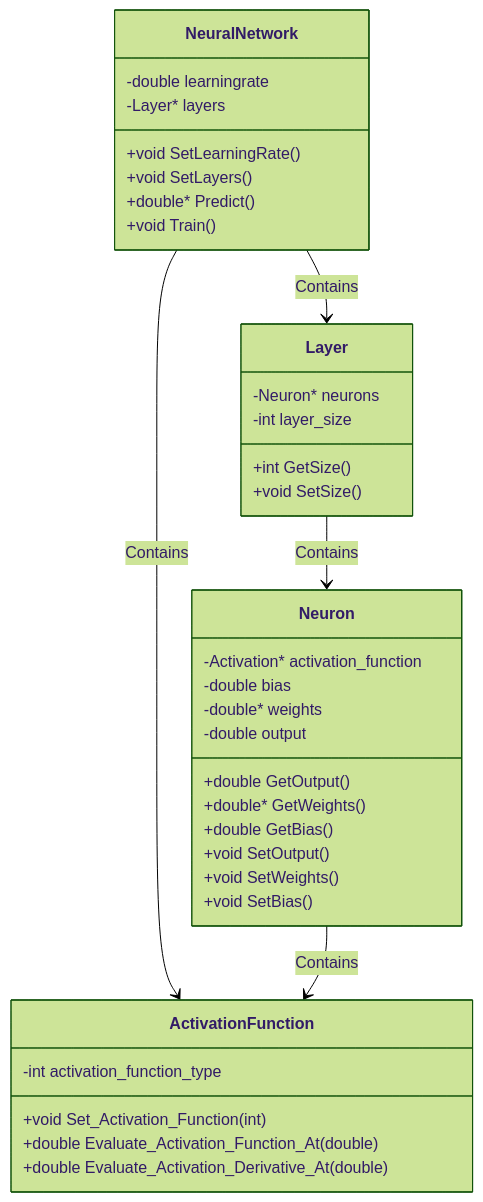
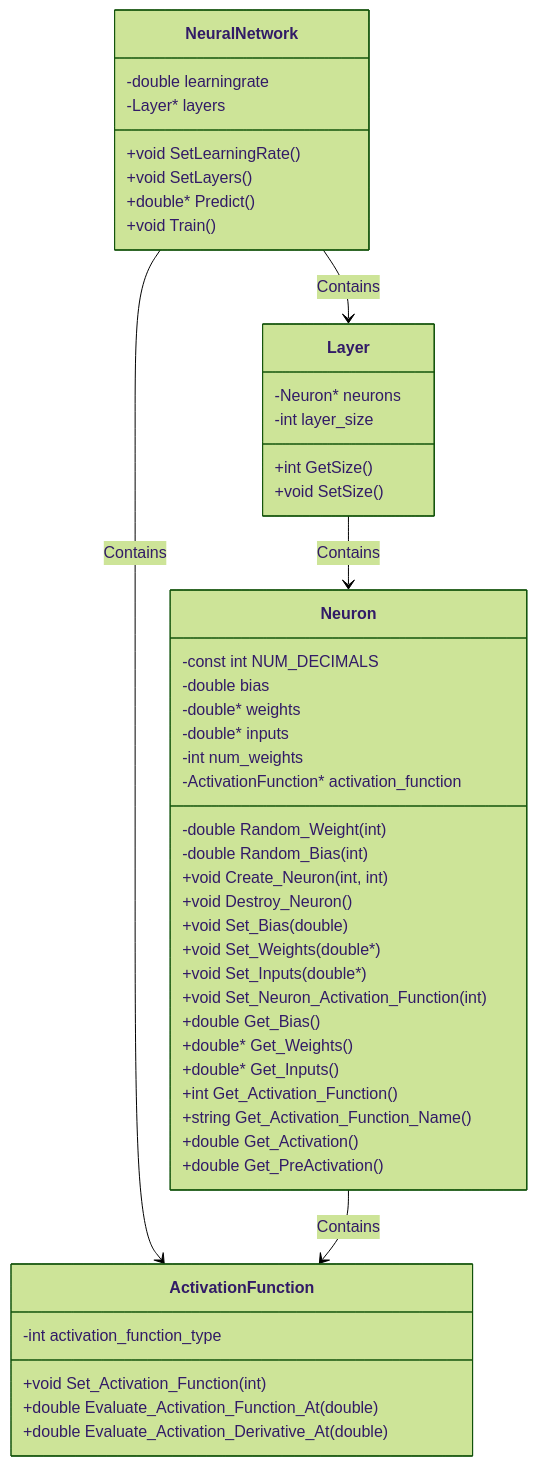
One commit to Juan-Smith/Nabla changed the diagram in Resources/Images/classBasicsNabla.md. Above: the diagram before and after it, drawn with Mermaid (forest theme). The commit also changed 1 other file, not shown here.

Commit message:
updated basic classes

````diff
--- a/Resources/Images/classBasicsNabla.md
+++ b/Resources/Images/classBasicsNabla.md
@@ -1,46 +1,58 @@
 ```mermaid
  classDiagram
       
       NeuralNetwork --> Layer : Contains
       Layer --> Neuron : Contains
       NeuralNetwork --> ActivationFunction : Contains
       Neuron --> ActivationFunction : Contains
       
       class NeuralNetwork{
           -double learningrate
           -Layer* layers
           +void SetLearningRate()
           +void SetLayers()
           +double* Predict()
           +void Train()
       }
       
       class Layer{
           -Neuron* neurons
           -int layer_size
           +int GetSize()
           +void SetSize()
       }
       
       class Neuron{
-      	-Activation* activation_function
-        -double bias
-        -double* weights
-        -double output
-        +double GetOutput()
-        +double* GetWeights()
-        +double GetBias()
-        +void SetOutput()
-        +void SetWeights()
-        +void SetBias()
+    -const int NUM_DECIMALS
+    -double bias
+    -double* weights
+    -double* inputs
+    -int num_weights
+    -double Random_Weight(int)
+   -double Random_Bias(int)
+    -ActivationFunction* activation_function
+   
+    +void Create_Neuron(int, int)
+    +void Destroy_Neuron()
+    +void Set_Bias(double)
+    +void Set_Weights(double*)
+    +void Set_Inputs(double*)
+    +void Set_Neuron_Activation_Function(int)
+    +double Get_Bias()
+    +double* Get_Weights()
+    +double* Get_Inputs()
+    +int Get_Activation_Function()
+    +string Get_Activation_Function_Name()
+    +double Get_Activation()
+    +double Get_PreActivation()
 	  }
       
       
       class ActivationFunction{
           -int activation_function_type
           +void Set_Activation_Function(int)
           +double Evaluate_Activation_Function_At(double)
           +double Evaluate_Activation_Derivative_At(double)
       }
       
 ```
````
